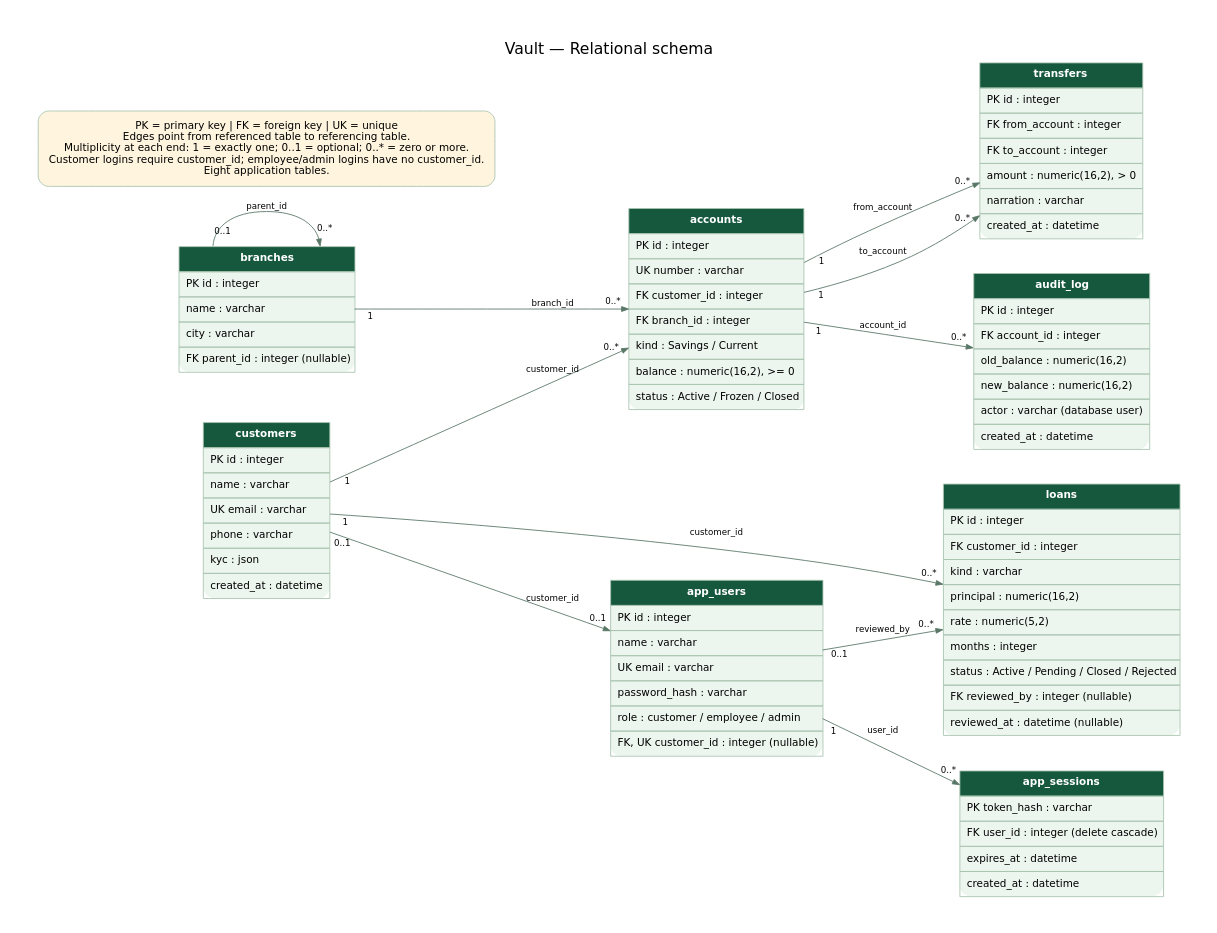
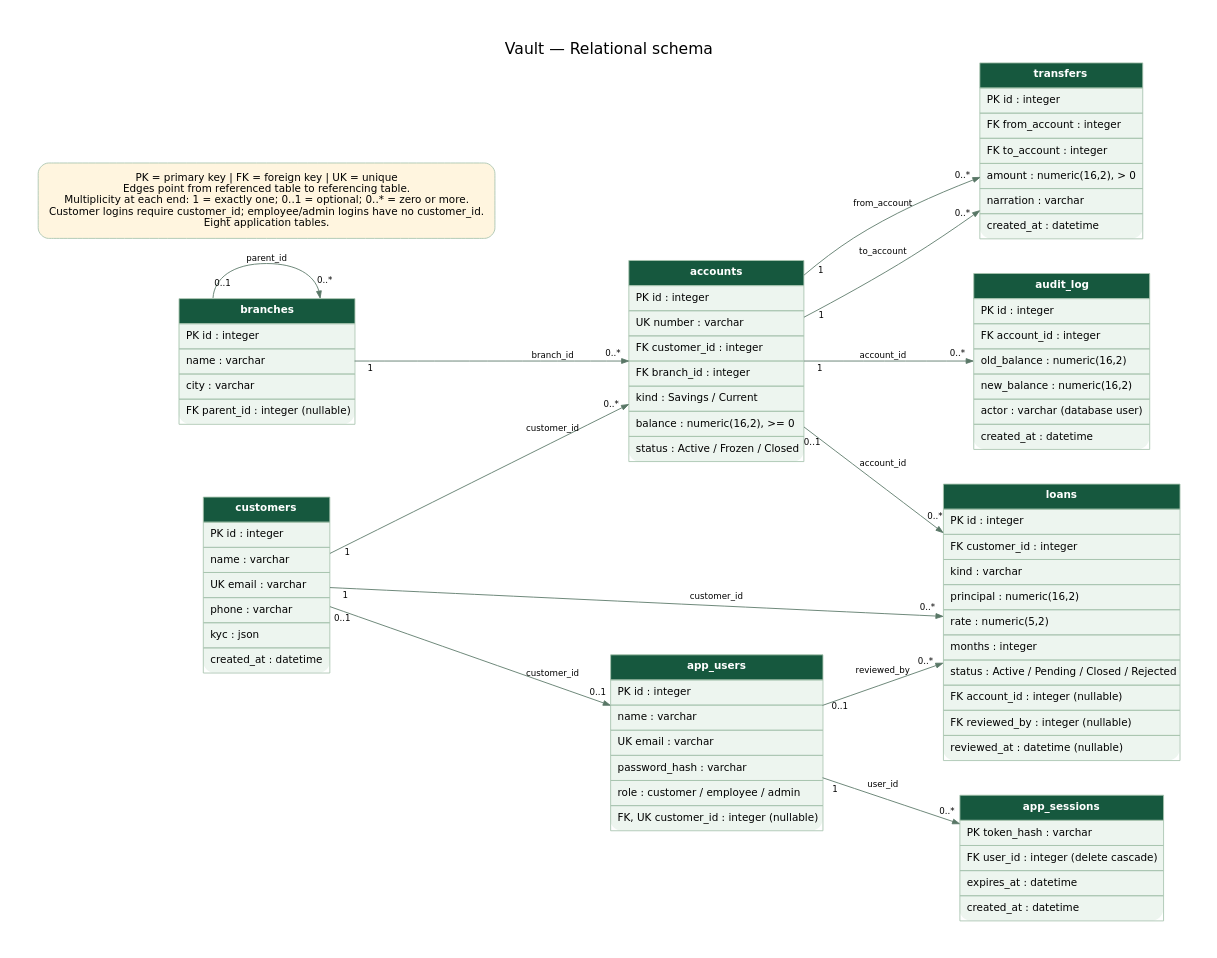
One commit to Rohit-Pujari/Core-Banking-System changed the diagram in diagrams/10-relational-schema.dot. Above: the diagram before and after it, drawn with Graphviz. The commit also changed 12 other files, not shown here.

```diff
--- a/diagrams/10-relational-schema.dot
+++ b/diagrams/10-relational-schema.dot
@@ -1,22 +1,23 @@
 digraph G { graph [rankdir=LR, bgcolor="#ffffff", pad="0.5", nodesep="0.55", ranksep="1.0", fontname="DejaVu Sans", fontsize=18]; node [shape=box, style="rounded,filled", fillcolor="#edf5ef", color="#a8c4b0", fontname="DejaVu Sans", fontsize=12, margin="0.2,0.15"]; edge [color="#597766", fontname="DejaVu Sans", fontsize=10, arrowsize=0.8];
 graph [label="Vault — Relational schema", labelloc=t];
 branches [shape=plain, label=<<TABLE BORDER="0" CELLBORDER="1" CELLSPACING="0" CELLPADDING="7"><TR><TD BGCOLOR="#16583e"><FONT COLOR="white"><B>branches</B></FONT></TD></TR><TR><TD ALIGN="LEFT">PK id : integer</TD></TR><TR><TD ALIGN="LEFT">name : varchar</TD></TR><TR><TD ALIGN="LEFT">city : varchar</TD></TR><TR><TD ALIGN="LEFT">FK parent_id : integer (nullable)</TD></TR></TABLE>>];
 customers [shape=plain, label=<<TABLE BORDER="0" CELLBORDER="1" CELLSPACING="0" CELLPADDING="7"><TR><TD BGCOLOR="#16583e"><FONT COLOR="white"><B>customers</B></FONT></TD></TR><TR><TD ALIGN="LEFT">PK id : integer</TD></TR><TR><TD ALIGN="LEFT">name : varchar</TD></TR><TR><TD ALIGN="LEFT">UK email : varchar</TD></TR><TR><TD ALIGN="LEFT">phone : varchar</TD></TR><TR><TD ALIGN="LEFT">kyc : json</TD></TR><TR><TD ALIGN="LEFT">created_at : datetime</TD></TR></TABLE>>];
 accounts [shape=plain, label=<<TABLE BORDER="0" CELLBORDER="1" CELLSPACING="0" CELLPADDING="7"><TR><TD BGCOLOR="#16583e"><FONT COLOR="white"><B>accounts</B></FONT></TD></TR><TR><TD ALIGN="LEFT">PK id : integer</TD></TR><TR><TD ALIGN="LEFT">UK number : varchar</TD></TR><TR><TD ALIGN="LEFT">FK customer_id : integer</TD></TR><TR><TD ALIGN="LEFT">FK branch_id : integer</TD></TR><TR><TD ALIGN="LEFT">kind : Savings / Current</TD></TR><TR><TD ALIGN="LEFT">balance : numeric(16,2), &gt;= 0</TD></TR><TR><TD ALIGN="LEFT">status : Active / Frozen / Closed</TD></TR></TABLE>>];
 transfers [shape=plain, label=<<TABLE BORDER="0" CELLBORDER="1" CELLSPACING="0" CELLPADDING="7"><TR><TD BGCOLOR="#16583e"><FONT COLOR="white"><B>transfers</B></FONT></TD></TR><TR><TD ALIGN="LEFT">PK id : integer</TD></TR><TR><TD ALIGN="LEFT">FK from_account : integer</TD></TR><TR><TD ALIGN="LEFT">FK to_account : integer</TD></TR><TR><TD ALIGN="LEFT">amount : numeric(16,2), &gt; 0</TD></TR><TR><TD ALIGN="LEFT">narration : varchar</TD></TR><TR><TD ALIGN="LEFT">created_at : datetime</TD></TR></TABLE>>];
 audit_log [shape=plain, label=<<TABLE BORDER="0" CELLBORDER="1" CELLSPACING="0" CELLPADDING="7"><TR><TD BGCOLOR="#16583e"><FONT COLOR="white"><B>audit_log</B></FONT></TD></TR><TR><TD ALIGN="LEFT">PK id : integer</TD></TR><TR><TD ALIGN="LEFT">FK account_id : integer</TD></TR><TR><TD ALIGN="LEFT">old_balance : numeric(16,2)</TD></TR><TR><TD ALIGN="LEFT">new_balance : numeric(16,2)</TD></TR><TR><TD ALIGN="LEFT">actor : varchar (database user)</TD></TR><TR><TD ALIGN="LEFT">created_at : datetime</TD></TR></TABLE>>];
-loans [shape=plain, label=<<TABLE BORDER="0" CELLBORDER="1" CELLSPACING="0" CELLPADDING="7"><TR><TD BGCOLOR="#16583e"><FONT COLOR="white"><B>loans</B></FONT></TD></TR><TR><TD ALIGN="LEFT">PK id : integer</TD></TR><TR><TD ALIGN="LEFT">FK customer_id : integer</TD></TR><TR><TD ALIGN="LEFT">kind : varchar</TD></TR><TR><TD ALIGN="LEFT">principal : numeric(16,2)</TD></TR><TR><TD ALIGN="LEFT">rate : numeric(5,2)</TD></TR><TR><TD ALIGN="LEFT">months : integer</TD></TR><TR><TD ALIGN="LEFT">status : Active / Pending / Closed / Rejected</TD></TR><TR><TD ALIGN="LEFT">FK reviewed_by : integer (nullable)</TD></TR><TR><TD ALIGN="LEFT">reviewed_at : datetime (nullable)</TD></TR></TABLE>>];
+loans [shape=plain, label=<<TABLE BORDER="0" CELLBORDER="1" CELLSPACING="0" CELLPADDING="7"><TR><TD BGCOLOR="#16583e"><FONT COLOR="white"><B>loans</B></FONT></TD></TR><TR><TD ALIGN="LEFT">PK id : integer</TD></TR><TR><TD ALIGN="LEFT">FK customer_id : integer</TD></TR><TR><TD ALIGN="LEFT">kind : varchar</TD></TR><TR><TD ALIGN="LEFT">principal : numeric(16,2)</TD></TR><TR><TD ALIGN="LEFT">rate : numeric(5,2)</TD></TR><TR><TD ALIGN="LEFT">months : integer</TD></TR><TR><TD ALIGN="LEFT">status : Active / Pending / Closed / Rejected</TD></TR><TR><TD ALIGN="LEFT">FK account_id : integer (nullable)</TD></TR><TR><TD ALIGN="LEFT">FK reviewed_by : integer (nullable)</TD></TR><TR><TD ALIGN="LEFT">reviewed_at : datetime (nullable)</TD></TR></TABLE>>];
 app_users [shape=plain, label=<<TABLE BORDER="0" CELLBORDER="1" CELLSPACING="0" CELLPADDING="7"><TR><TD BGCOLOR="#16583e"><FONT COLOR="white"><B>app_users</B></FONT></TD></TR><TR><TD ALIGN="LEFT">PK id : integer</TD></TR><TR><TD ALIGN="LEFT">name : varchar</TD></TR><TR><TD ALIGN="LEFT">UK email : varchar</TD></TR><TR><TD ALIGN="LEFT">password_hash : varchar</TD></TR><TR><TD ALIGN="LEFT">role : customer / employee / admin</TD></TR><TR><TD ALIGN="LEFT">FK, UK customer_id : integer (nullable)</TD></TR></TABLE>>];
 app_sessions [shape=plain, label=<<TABLE BORDER="0" CELLBORDER="1" CELLSPACING="0" CELLPADDING="7"><TR><TD BGCOLOR="#16583e"><FONT COLOR="white"><B>app_sessions</B></FONT></TD></TR><TR><TD ALIGN="LEFT">PK token_hash : varchar</TD></TR><TR><TD ALIGN="LEFT">FK user_id : integer (delete cascade)</TD></TR><TR><TD ALIGN="LEFT">expires_at : datetime</TD></TR><TR><TD ALIGN="LEFT">created_at : datetime</TD></TR></TABLE>>];
 branches -> branches [label="parent_id", taillabel="0..1", headlabel="0..*", labeldistance=2];
 branches -> accounts [label="branch_id", taillabel="1", headlabel="0..*", labeldistance=2];
 customers -> accounts [label="customer_id", taillabel="1", headlabel="0..*", labeldistance=2];
+accounts -> loans [label="account_id", taillabel="0..1", headlabel="0..*", labeldistance=2];
 customers -> loans [label="customer_id", taillabel="1", headlabel="0..*", labeldistance=2];
 accounts -> transfers [label="from_account", taillabel="1", headlabel="0..*", labeldistance=2];
 accounts -> transfers [label="to_account", taillabel="1", headlabel="0..*", labeldistance=2];
 accounts -> audit_log [label="account_id", taillabel="1", headlabel="0..*", labeldistance=2];
 customers -> app_users [label="customer_id", taillabel="0..1", headlabel="0..1", labeldistance=2];
 app_users -> loans [label="reviewed_by", taillabel="0..1", headlabel="0..*", labeldistance=2];
 app_users -> app_sessions [label="user_id", taillabel="1", headlabel="0..*", labeldistance=2];
 legend [fillcolor="#fff5df", label="PK = primary key | FK = foreign key | UK = unique\nEdges point from referenced table to referencing table.\nMultiplicity at each end: 1 = exactly one; 0..1 = optional; 0..* = zero or more.\nCustomer logins require customer_id; employee/admin logins have no customer_id.\nEight application tables."];
 }
```
